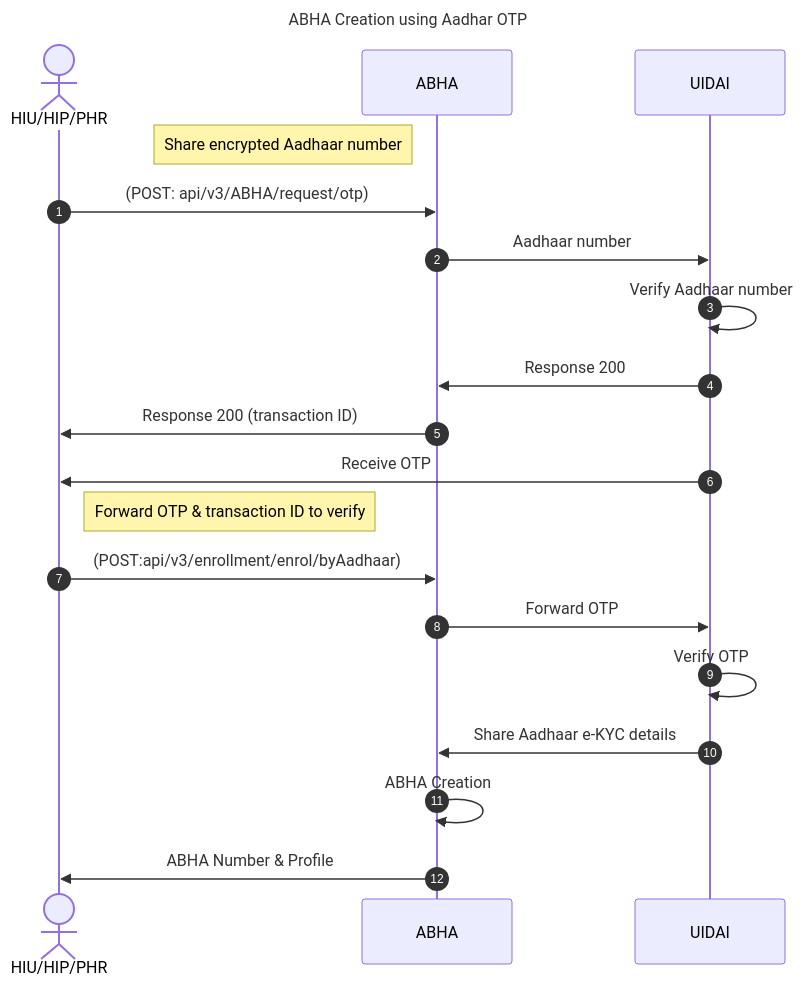
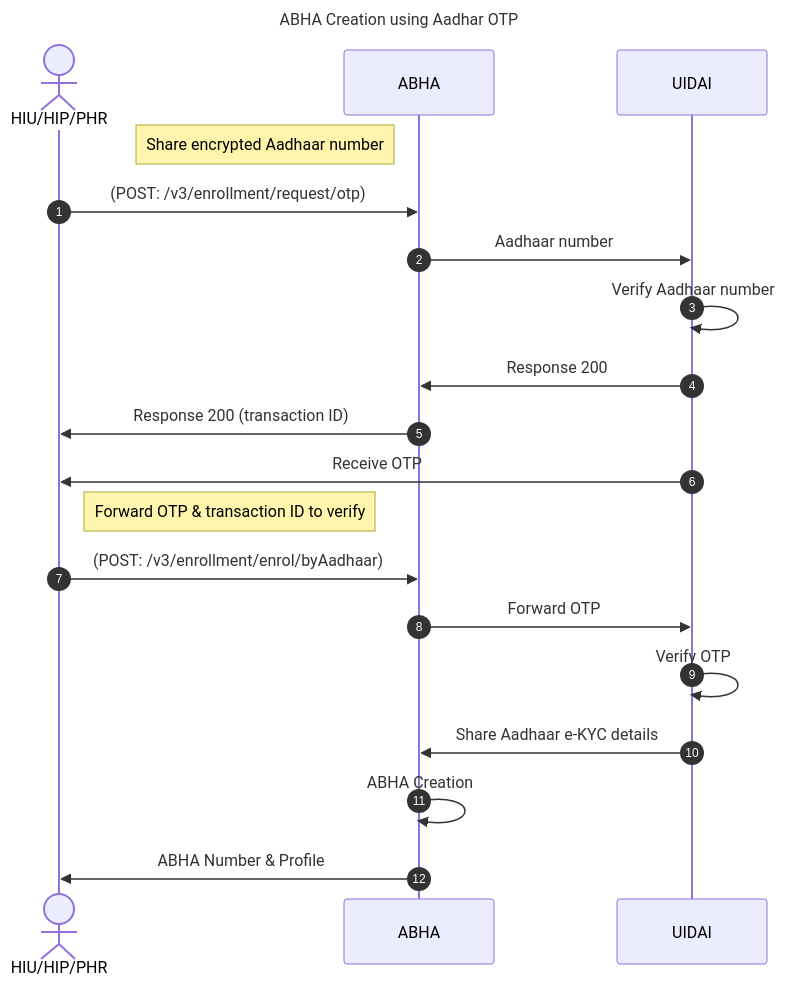
Before and after one commit to kiranma72/abdm-docs: the diagram in content/2-milestone1/abha-number/aadhar-otp.md, drawn with Mermaid. The commit also changed other lines of this file and 2 other files, not shown here.

Commit message:
changes to api for abha no. using otp&dl

```diff
--- a/content/2-milestone1/abha-number/aadhar-otp.md
+++ b/content/2-milestone1/abha-number/aadhar-otp.md
@@ -36,20 +36,20 @@
 {{< mermaid >}}
 %%{init:{"fontSize": "1.0rem", "sequence":{"showSequenceNumbers":true}}}%%
 sequenceDiagram
 title ABHA Creation using Aadhar OTP
 actor HIU/HIP/PHR
 Note left of ABHA: Share encrypted Aadhaar number
-HIU/HIP/PHR->>ABHA: (POST: api/v3/ABHA/request/otp)
+HIU/HIP/PHR->>ABHA: (POST: /v3/enrollment/request/otp)
 ABHA->>UIDAI: Aadhaar number
 UIDAI->>UIDAI:Verify Aadhaar number
 UIDAI->>ABHA: Response 200
 ABHA->>HIU/HIP/PHR: Response 200 (transaction ID)
 UIDAI->>HIU/HIP/PHR:Receive OTP
 Note right of HIU/HIP/PHR: Forward OTP & transaction ID to verify
-HIU/HIP/PHR->>ABHA: (POST:api/v3/enrollment/enrol/byAadhaar)
+HIU/HIP/PHR->>ABHA: (POST: /v3/enrollment/enrol/byAadhaar)
 ABHA->>UIDAI: Forward OTP
 UIDAI->>UIDAI: Verify OTP
 UIDAI->>ABHA: Share Aadhaar e-KYC details
 ABHA->>ABHA: ABHA Creation
 ABHA->>HIU/HIP/PHR: ABHA Number & Profile
 {{< /mermaid >}}
```
